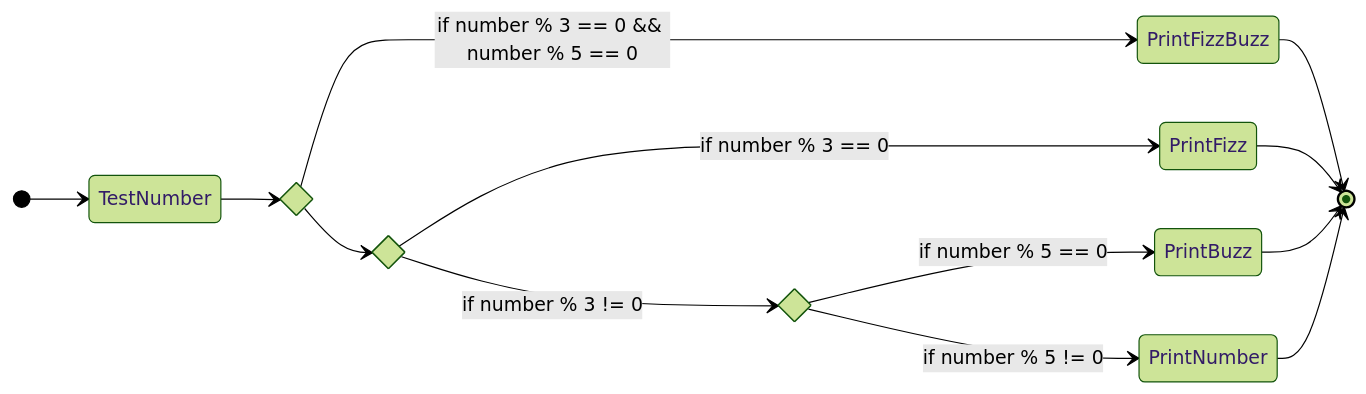
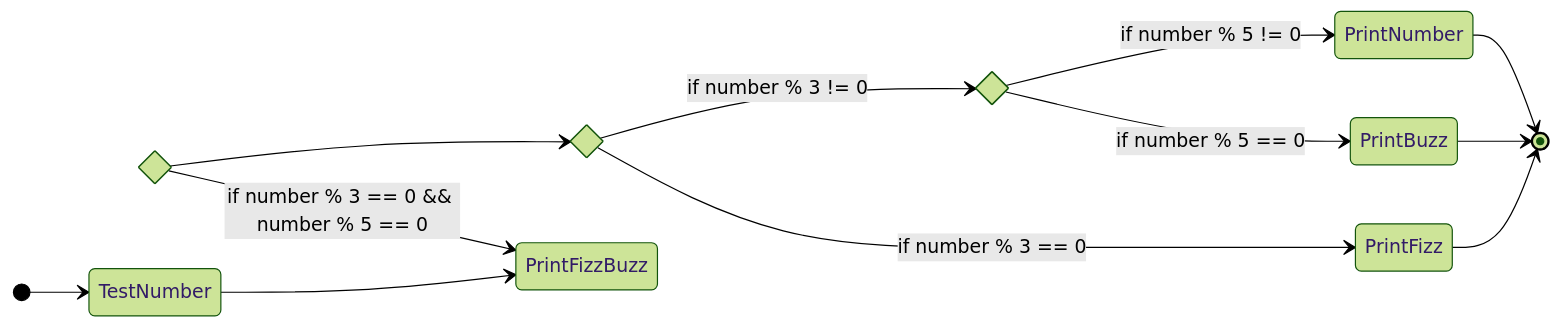
The eighth of 8 diagrams in cookbook/SDLC/Boxes and Arrows/boxes_and_arrows_fun.md (carteras/IT-CBR), drawn with Mermaid (forest theme) before and after one commit.

````diff
--- a/cookbook/SDLC/Boxes and Arrows/boxes_and_arrows_fun.md
+++ b/cookbook/SDLC/Boxes and Arrows/boxes_and_arrows_fun.md
@@ -117,19 +117,18 @@
 ```mermaid
   stateDiagram
     direction LR
     state fizz_state <<choice>>
     state buzz_state <<choice>>
     state fizzbuzz_state <<choice>>
     [*] --> TestNumber
-    TestNumber --> fizzbuzz_state
+    TestNumber --> PrintFizzBuzz
     fizzbuzz_state --> PrintFizzBuzz: if number % 3 == 0 && number % 5 == 0
-    PrintFizzBuzz --> [*]
     fizzbuzz_state --> fizz_state
     fizz_state --> PrintFizz: if number % 3 == 0
     PrintFizz --> [*]
     fizz_state --> buzz_state: if number % 3 != 0
     buzz_state --> PrintBuzz: if number % 5 == 0
     PrintBuzz --> [*]
     buzz_state --> PrintNumber: if number % 5 != 0
     PrintNumber --> [*]
 ```
````
